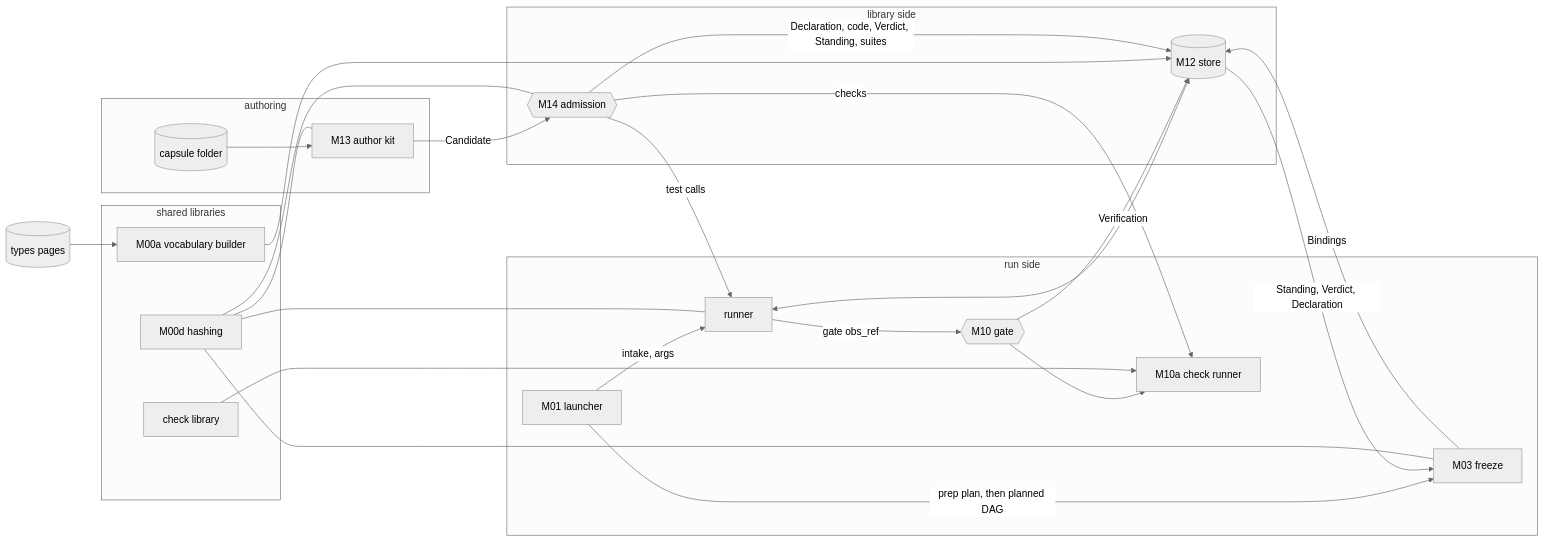
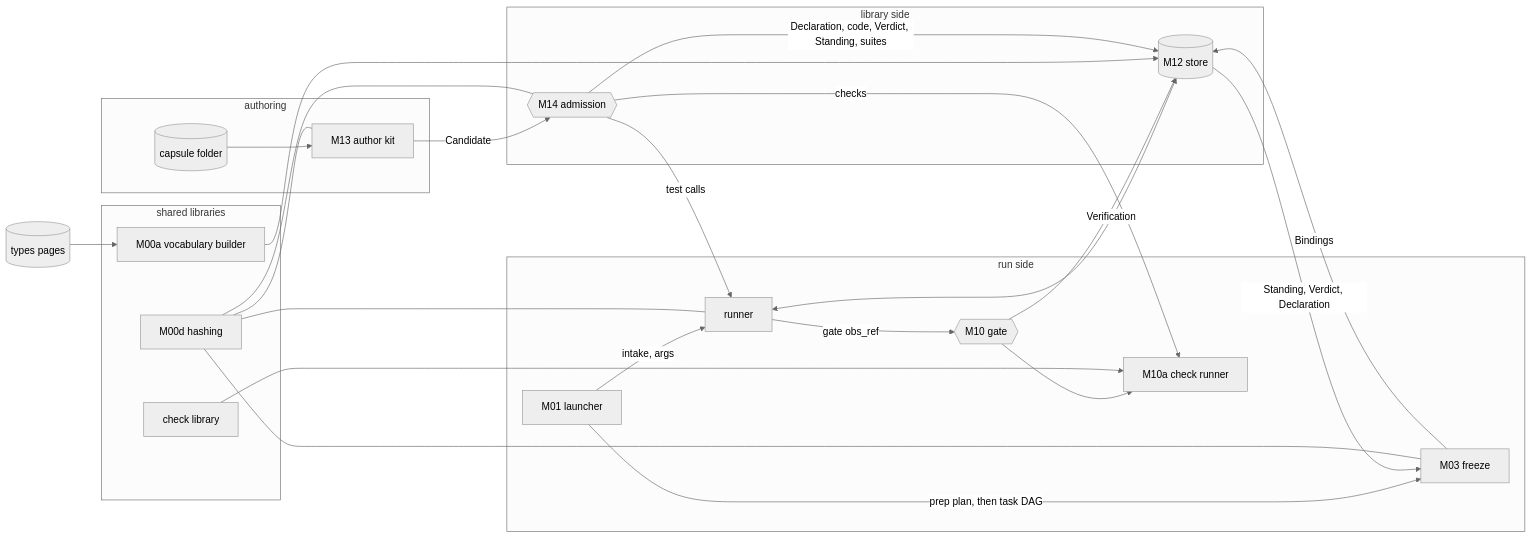
The first of 2 diagrams in docs/architecture/capsule/toolchain.md (Stellven/jiuwenswarm), drawn with Mermaid (neutral theme) before and after one commit. The commit also changed other lines of this file and 36 other files, not shown here.

Commit message:
Preserve architecture library before intent-led simplification

````diff
--- a/docs/architecture/capsule/toolchain.md
+++ b/docs/architecture/capsule/toolchain.md
@@ -37,37 +37,37 @@
 ```mermaid
 flowchart LR
     subgraph AUTHOR["authoring"]
         FOLD[("capsule folder")]
         KIT["M13 author kit"]
     end
     subgraph SHARED["shared libraries"]
         HASH["M00d hashing"]
         VB["M00a vocabulary builder"]
         CL["check library"]
     end
     subgraph LIBSIDE["library side"]
         ADM{{"M14 admission"}}
         ST[("M12 store")]
     end
     subgraph RUNSIDE["run side"]
         LN["M01 launcher"]
         FRZ["M03 freeze"]
         RUN["runner"]
         CR["M10a check runner"]
         GT{{"M10 gate"}}
     end
     TP[("types pages")] --> VB --> ST
     FOLD --> KIT -->|"Candidate"| ADM
     ADM -->|"test calls"| RUN
     ADM -->|"checks"| CR
     ADM -->|"Declaration, code, Verdict, Standing, suites"| ST
-    LN -->|"prep plan, then planned DAG"| FRZ
+    LN -->|"prep plan, then task DAG"| FRZ
     ST -->|"Standing, Verdict, Declaration"| FRZ
     FRZ -->|"Bindings"| ST
     LN -->|"intake, args"| RUN
     RUN <--> ST
     RUN -->|"gate obs_ref"| GT --> CR
     CL --> CR
     GT -->|"Verification"| ST
     HASH --- KIT & ADM & FRZ & RUN
 ```
````
